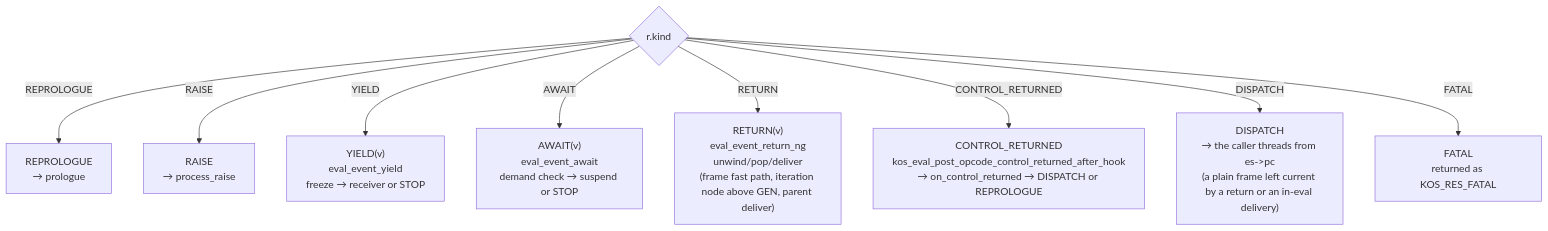
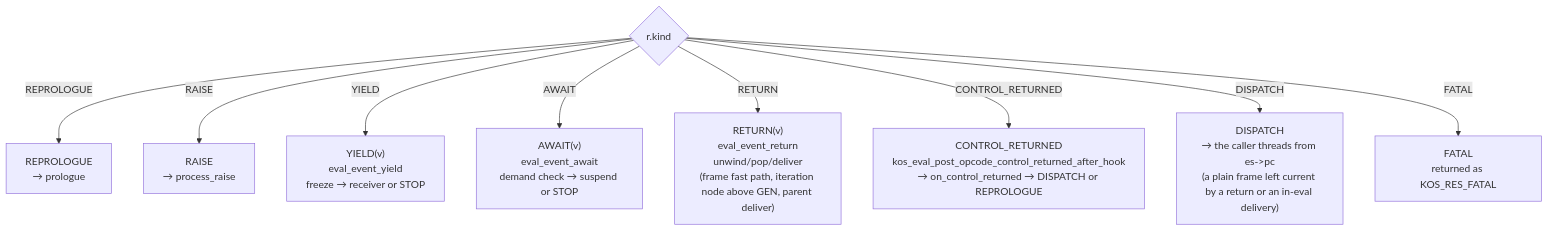
The seventh of 12 diagrams in design/EVALUATOR.md (koskari-lang/koskari), drawn with Mermaid before and after one commit. The commit also changed other lines of this file and 18 other files, not shown here.

````diff
--- a/design/EVALUATOR.md
+++ b/design/EVALUATOR.md
@@ -467,21 +467,21 @@
 ```mermaid
 flowchart TD
     kind{"r.kind"}
     repro["REPROLOGUE<br/>→ prologue"]
     raise["RAISE<br/>→ process_raise"]
     yield["YIELD(v)<br/>eval_event_yield<br/>freeze → receiver or STOP"]
     await["AWAIT(v)<br/>eval_event_await<br/>demand check → suspend or STOP"]
-    ret["RETURN(v)<br/>eval_event_return_ng<br/>unwind/pop/deliver<br/>(frame fast path, iteration node above GEN, parent deliver)"]
+    ret["RETURN(v)<br/>eval_event_return<br/>unwind/pop/deliver<br/>(frame fast path, iteration node above GEN, parent deliver)"]
     ctrl["CONTROL_RETURNED<br/>kos_eval_post_opcode_control_returned_after_hook<br/>→ on_control_returned → DISPATCH or REPROLOGUE"]
     disp["DISPATCH<br/>→ the caller threads from es->pc<br/>(a plain frame left current by a return or an in-eval delivery)"]
     fatal["FATAL<br/>returned as KOS_RES_FATAL"]
 
     kind -->|REPROLOGUE| repro
     kind -->|RAISE| raise
     kind -->|YIELD| yield
     kind -->|AWAIT| await
     kind -->|RETURN| ret
     kind -->|CONTROL_RETURNED| ctrl
     kind -->|DISPATCH| disp
     kind -->|FATAL| fatal
 ```
````
